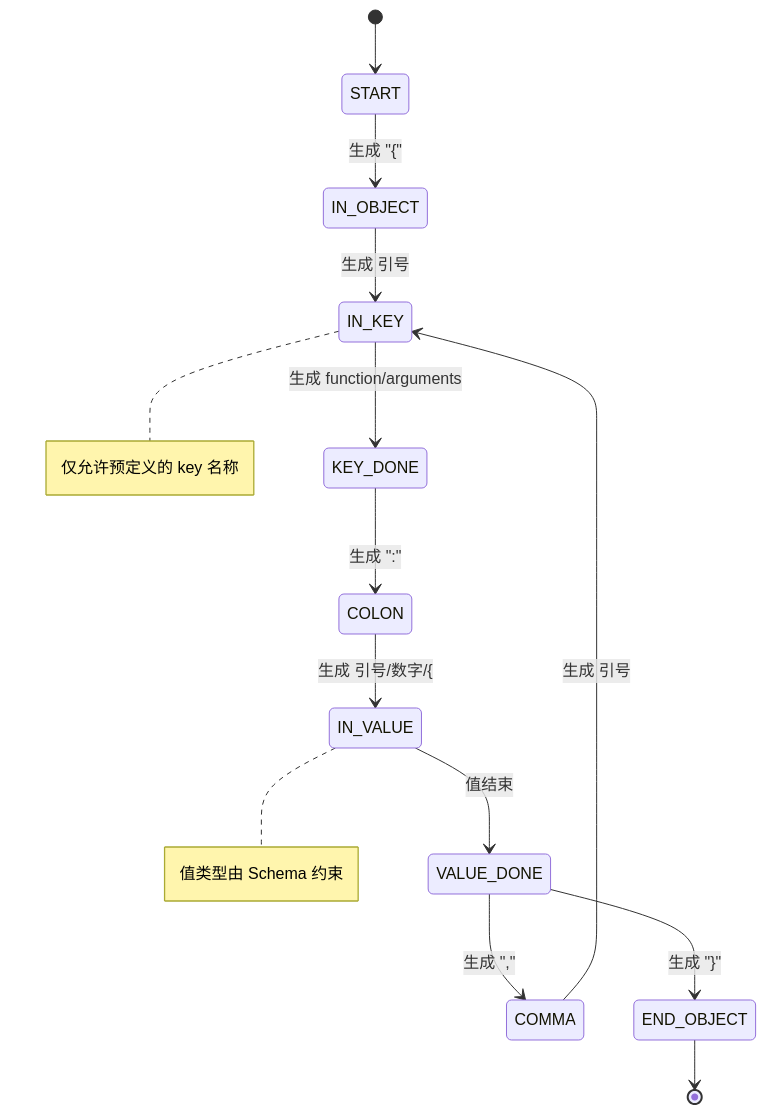
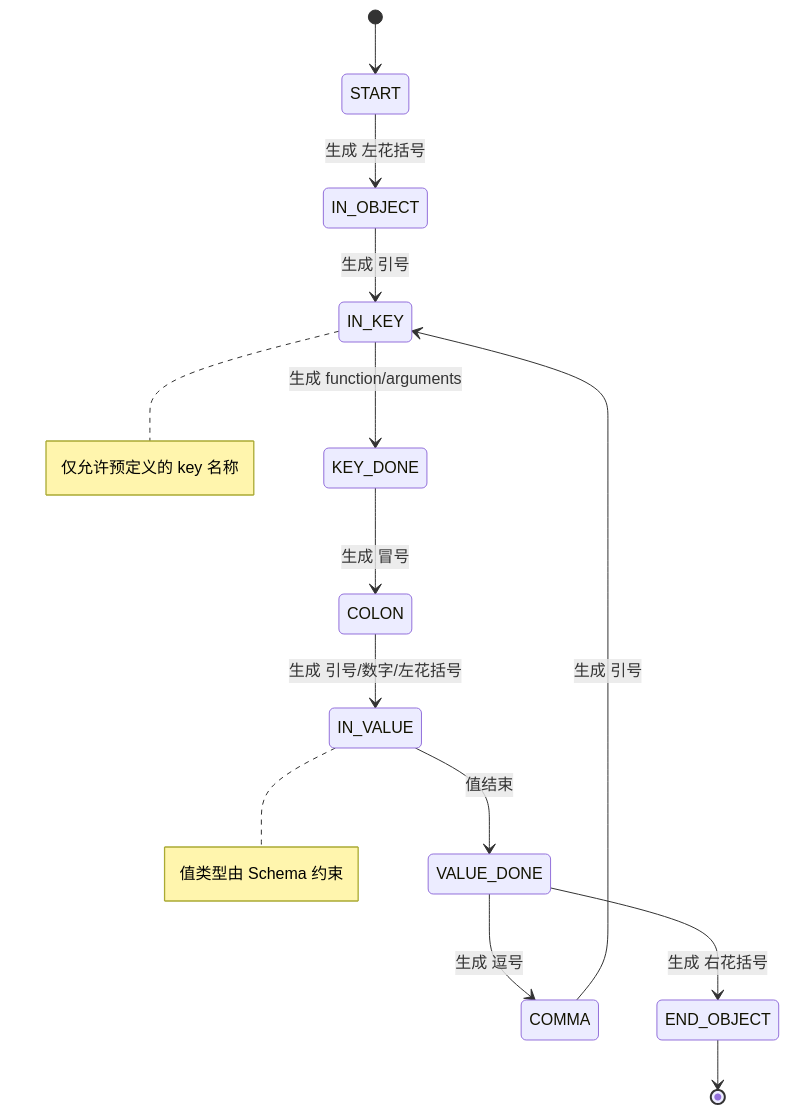
The ninth of 13 diagrams in cockpit/general/infer.md (ranpin/edge-ai-docs), drawn with Mermaid before and after one commit. The commit also changed other lines of this file and 4 other files, not shown here.

First line of the commit message:
docs: 优化通用部分 5 篇 + 修复 3 张坏图

````diff
--- a/cockpit/general/infer.md
+++ b/cockpit/general/infer.md
@@ -601,17 +611,17 @@
 ```mermaid
 stateDiagram-v2
     [*] --> START
-    START --> IN_OBJECT: 生成 "{"
+    START --> IN_OBJECT: 生成 左花括号
     IN_OBJECT --> IN_KEY: 生成 引号
     IN_KEY --> KEY_DONE: 生成 function/arguments
-    KEY_DONE --> COLON: 生成 ":"
-    COLON --> IN_VALUE: 生成 引号/数字/{
+    KEY_DONE --> COLON: 生成 冒号
+    COLON --> IN_VALUE: 生成 引号/数字/左花括号
     IN_VALUE --> VALUE_DONE: 值结束
-    VALUE_DONE --> COMMA: 生成 ","
-    VALUE_DONE --> END_OBJECT: 生成 "}"
+    VALUE_DONE --> COMMA: 生成 逗号
+    VALUE_DONE --> END_OBJECT: 生成 右花括号
     COMMA --> IN_KEY: 生成 引号
     END_OBJECT --> [*]
 
     note right of IN_KEY: 仅允许预定义的 key 名称
     note right of IN_VALUE: 值类型由 Schema 约束
 ```
````
